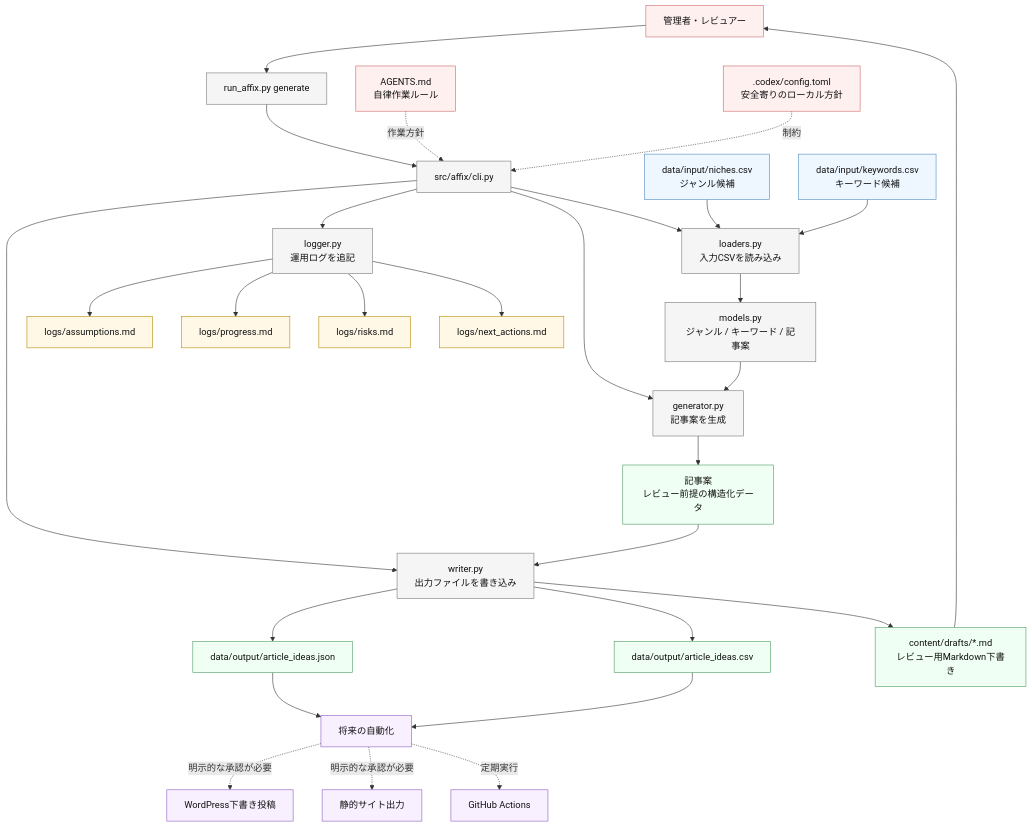
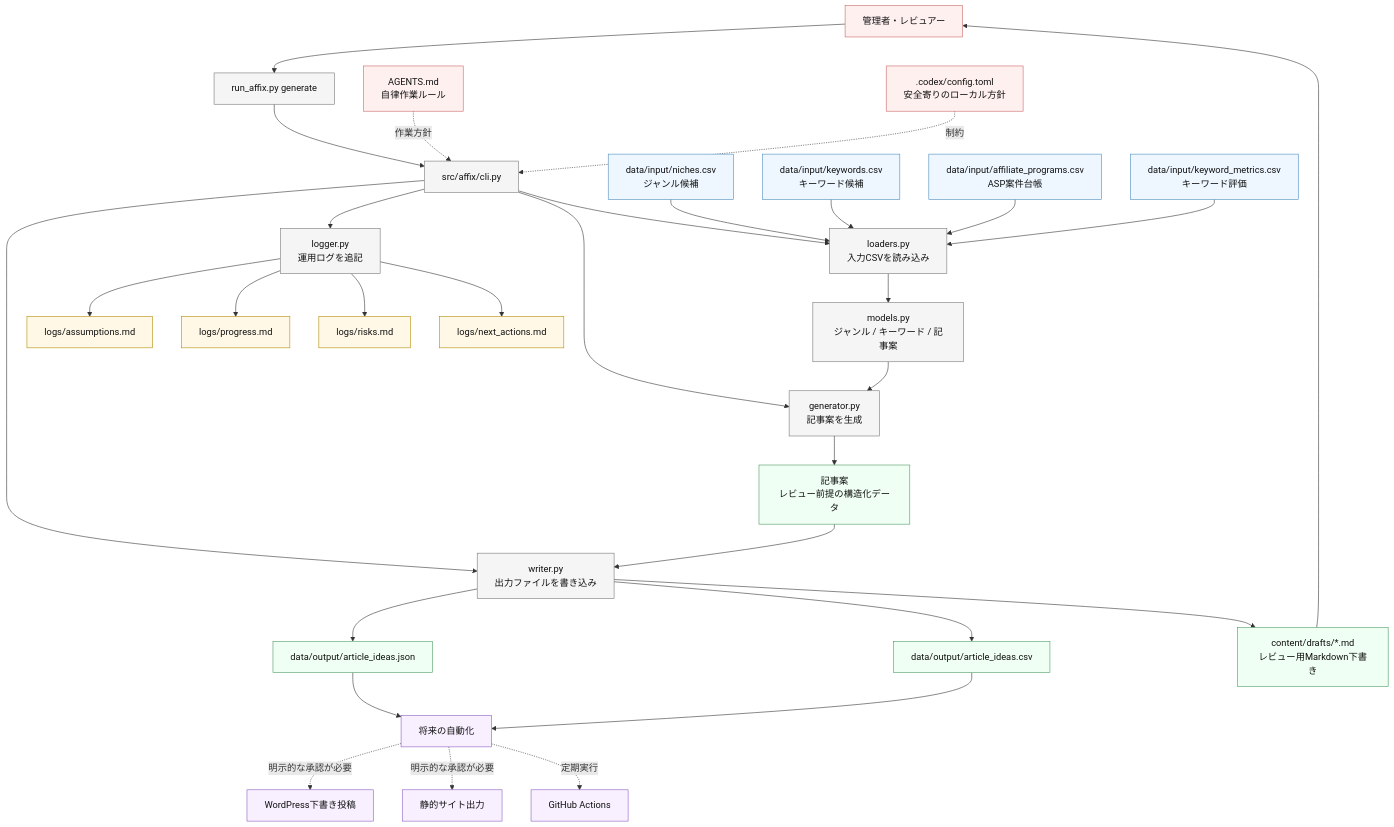
Before and after one commit to ganase/affix: the diagram in README.md, drawn with Mermaid. The commit also changed other lines of this file and 25 other files, not shown here.

Commit message:
Add affiliate program and keyword scoring

````diff
--- a/README.md
+++ b/README.md
@@ -63,53 +67,55 @@
 ```mermaid
 flowchart TD
     A["管理者・レビュアー"] --> B["run_affix.py generate"]
 
     B --> C["src/affix/cli.py"]
     C --> D["loaders.py<br/>入力CSVを読み込み"]
     C --> E["generator.py<br/>記事案を生成"]
     C --> F["writer.py<br/>出力ファイルを書き込み"]
     C --> G["logger.py<br/>運用ログを追記"]
 
     H["data/input/niches.csv<br/>ジャンル候補"] --> D
     I["data/input/keywords.csv<br/>キーワード候補"] --> D
+    I2["data/input/affiliate_programs.csv<br/>ASP案件台帳"] --> D
+    I3["data/input/keyword_metrics.csv<br/>キーワード評価"] --> D
 
     D --> J["models.py<br/>ジャンル / キーワード / 記事案"]
     J --> E
 
     E --> K["記事案<br/>レビュー前提の構造化データ"]
 
     K --> F
     F --> L["data/output/article_ideas.json"]
     F --> M["data/output/article_ideas.csv"]
     F --> N["content/drafts/*.md<br/>レビュー用Markdown下書き"]
 
     G --> O["logs/assumptions.md"]
     G --> P["logs/progress.md"]
     G --> Q["logs/risks.md"]
     G --> R["logs/next_actions.md"]
 
     N --> A
     L --> S["将来の自動化"]
     M --> S
 
     S -. 明示的な承認が必要 .-> T["WordPress下書き投稿"]
     S -. 明示的な承認が必要 .-> U["静的サイト出力"]
     S -. 定期実行 .-> V["GitHub Actions"]
 
     W["AGENTS.md<br/>自律作業ルール"] -. 作業方針 .-> C
     X[".codex/config.toml<br/>安全寄りのローカル方針"] -. 制約 .-> C
 
     classDef c1 fill:#eef7ff,stroke:#4b8bbe,color:#111;
     classDef c2 fill:#f5f5f5,stroke:#777,color:#111;
     classDef c3 fill:#f0fff4,stroke:#4c9a62,color:#111;
     classDef c4 fill:#fff8e6,stroke:#b58b00,color:#111;
     classDef c5 fill:#f8f0ff,stroke:#8a5cc2,color:#111;
     classDef c6 fill:#fff0f0,stroke:#cc6666,color:#111;
 
-    class H,I c1;
+    class H,I,I2,I3 c1;
     class B,C,D,E,F,G,J c2;
     class K,L,M,N c3;
     class O,P,Q,R c4;
     class S,T,U,V c5;
     class A,W,X c6;
 ```
````
